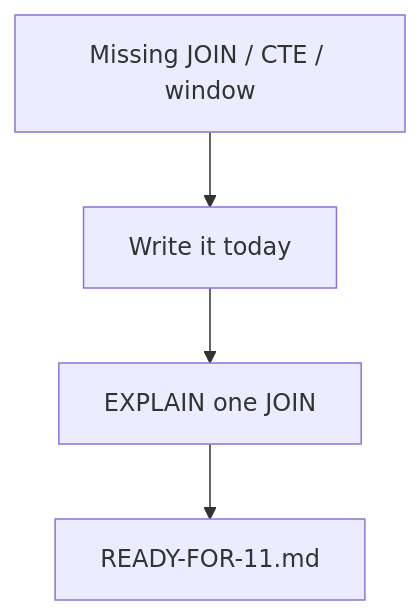
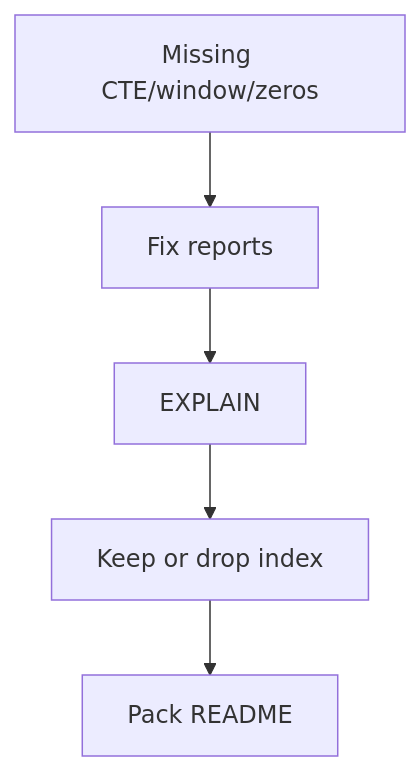
Before and after one commit to SuperPower-ai/StackOneRTM: the diagram in textbook/month-10/week-04/day-06.md, drawn with Mermaid. The commit also changed other lines of this file and 3 other files, not shown here.

````diff
--- a/textbook/month-10/week-04/day-06.md
+++ b/textbook/month-10/week-04/day-06.md
@@ -27,6 +29,7 @@
 ```mermaid
 flowchart TB
-  GAP[Missing JOIN / CTE / window] --> WRITE[Write it today]
-  WRITE --> EXP[EXPLAIN one JOIN]
-  EXP --> R11[READY-FOR-11.md]
+  GAP[Missing CTE/window/zeros] --> SQL[Fix reports]
+  SQL --> X[EXPLAIN]
+  X --> I[Keep or drop index]
+  I --> R[Pack README]
 ```
````
